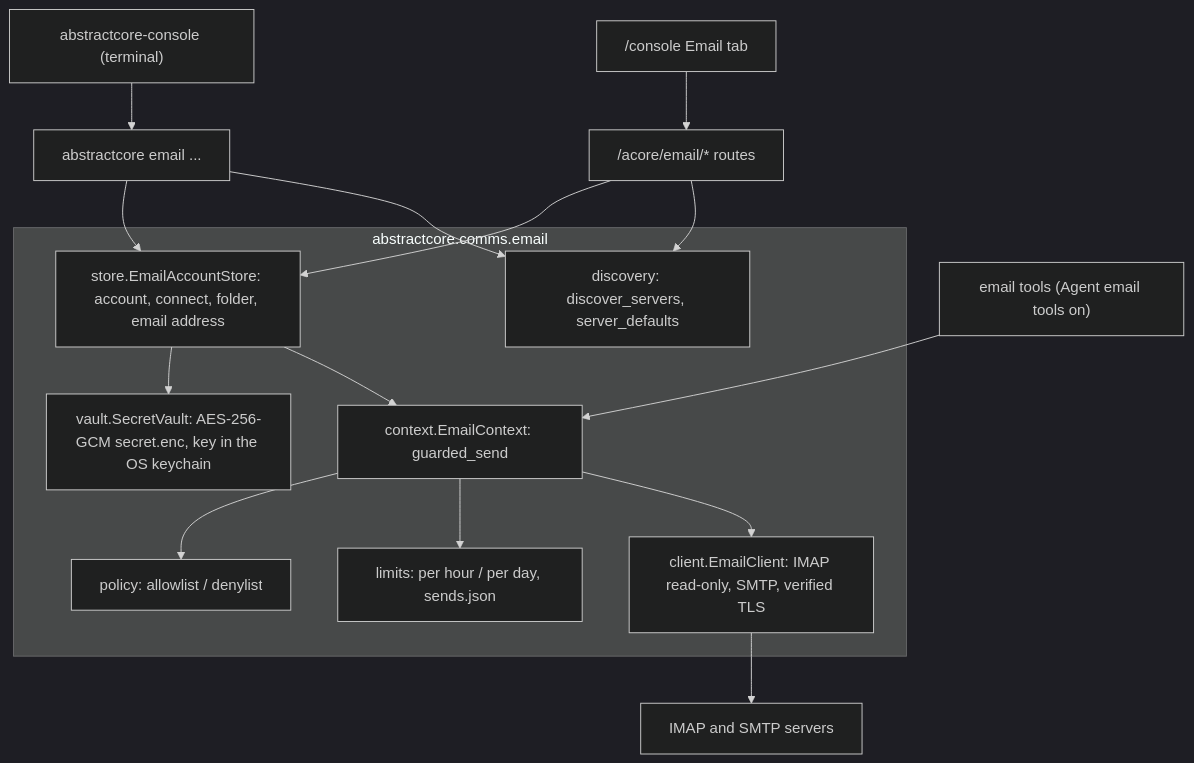
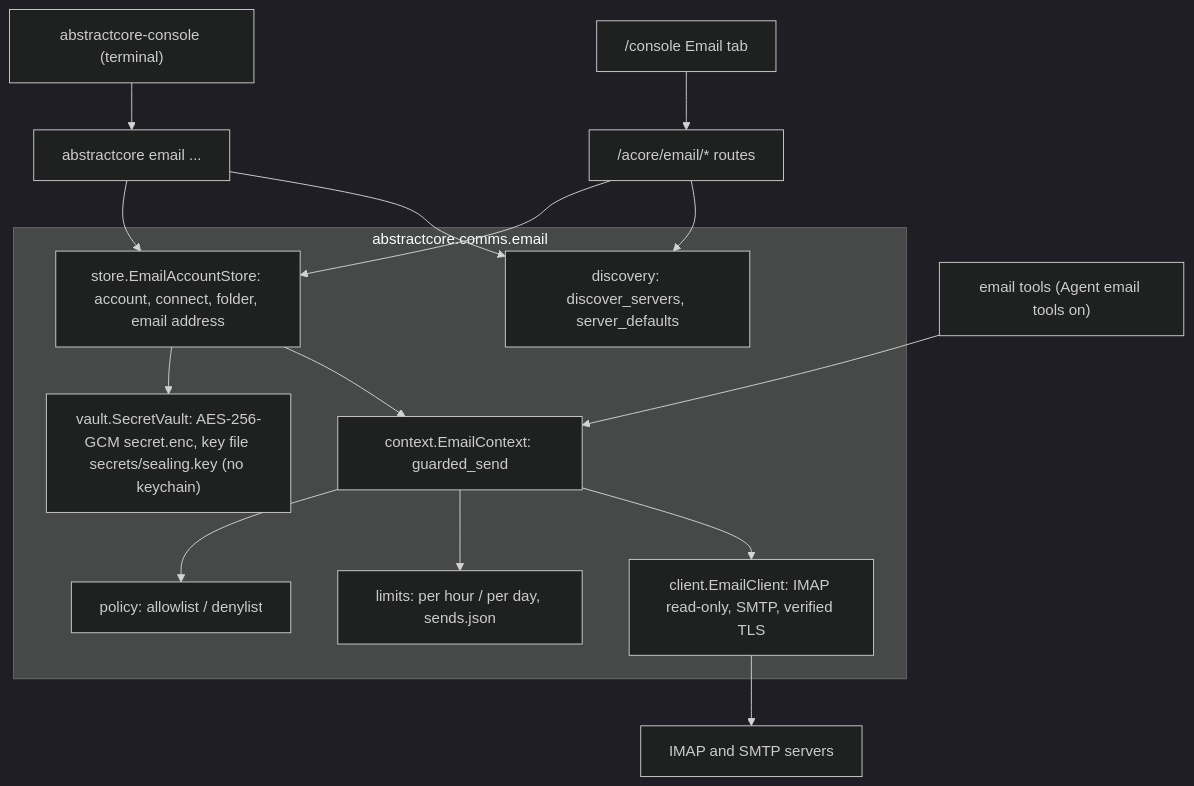
Diagram 18 of 19 in docs/architecture.md (lpalbou/AbstractCore), drawn with Mermaid (dark theme) before and after one commit. The commit also changed 12 other files, not shown here.

````diff
--- a/docs/architecture.md
+++ b/docs/architecture.md
@@ -995,27 +995,27 @@
 ```mermaid
 graph TD
     CLI["abstractcore email ..."] --> STORE
     TUI["abstractcore-console (terminal)"] --> CLI
     WEB["/console Email tab"] --> HTTP["/acore/email/* routes"]
     HTTP --> STORE
     HTTP --> DISC
     TOOLS["email tools (Agent email tools on)"] --> CTX
 
     subgraph EMAIL[abstractcore.comms.email]
         STORE["store.EmailAccountStore: account, connect, folder, email address"]
         DISC["discovery: discover_servers, server_defaults"]
-        VAULT["vault.SecretVault: AES-256-GCM secret.enc, key in the OS keychain"]
+        VAULT["vault.SecretVault: AES-256-GCM secret.enc, key file secrets/sealing.key (no keychain)"]
         CTX["context.EmailContext: guarded_send"]
         POL["policy: allowlist / denylist"]
         LIM["limits: per hour / per day, sends.json"]
         CLIENT["client.EmailClient: IMAP read-only, SMTP, verified TLS"]
     end
 
     CLI --> DISC
     STORE --> VAULT
     STORE --> CTX
     CTX --> POL
     CTX --> LIM
     CTX --> CLIENT
     CLIENT --> SERVERS["IMAP and SMTP servers"]
 ```
````
